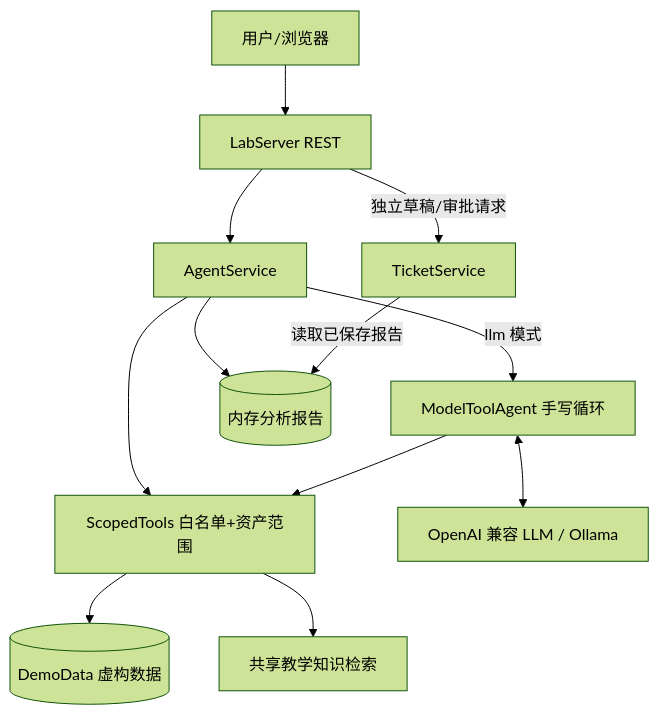
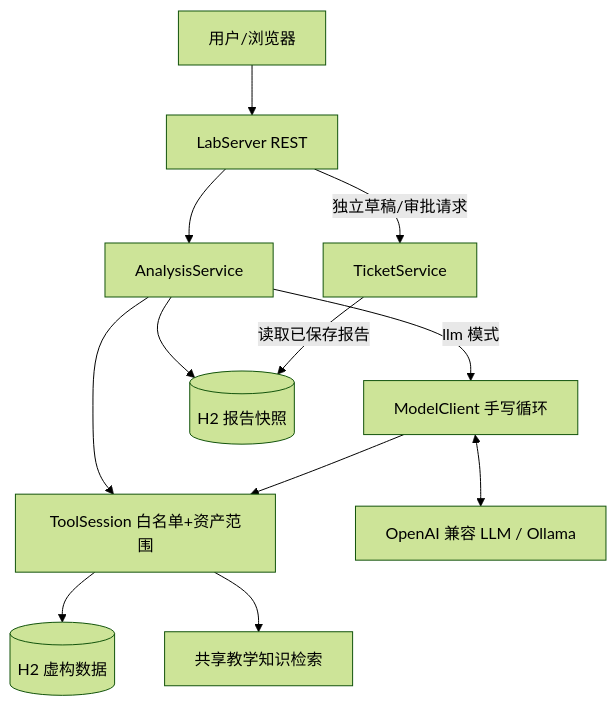
The first of 2 diagrams in docs/02-架构与执行链路.md (yuxuefenfei/asset-security-agent-lab), drawn with Mermaid (forest theme) before and after one commit. The commit also changed other lines of this file and 177 other files, not shown here.

````diff
--- a/docs/02-架构与执行链路.md
+++ b/docs/02-架构与执行链路.md
@@ -5,14 +5,14 @@
 ```mermaid
 flowchart TB
     U[用户/浏览器] --> H[LabServer REST]
-    H --> A[AgentService]
-    A --> S[ScopedTools 白名单+资产范围]
-    S --> DB[(DemoData 虚构数据)]
+    H --> A[AnalysisService]
+    A --> S[ToolSession 白名单+资产范围]
+    S --> DB[(H2 虚构数据)]
     S --> K[共享教学知识检索]
-    A -->|llm 模式| M[ModelToolAgent 手写循环]
+    A -->|llm 模式| M[ModelClient 手写循环]
     M <--> L[OpenAI 兼容 LLM / Ollama]
     M --> S
-    A --> R[(内存分析报告)]
+    A --> R[(H2 报告快照)]
     H -->|独立草稿/审批请求| T[TicketService]
     T -->|读取已保存报告| R
 ```
````
